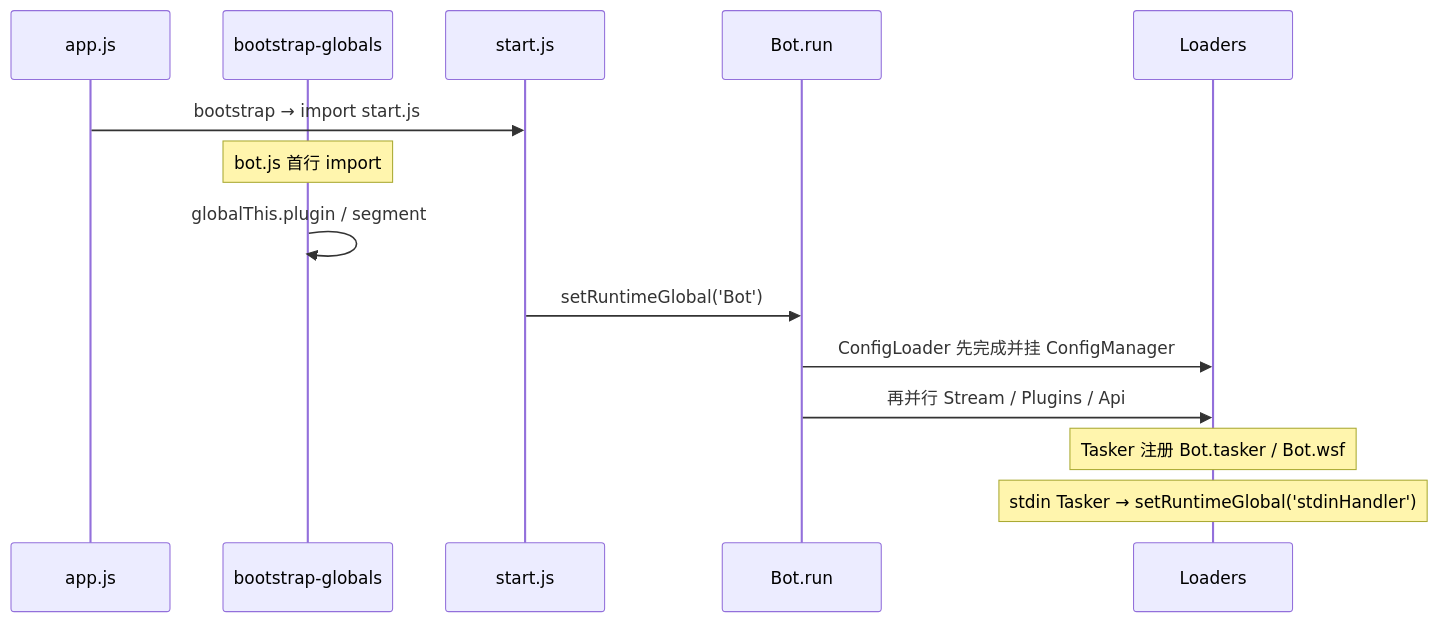
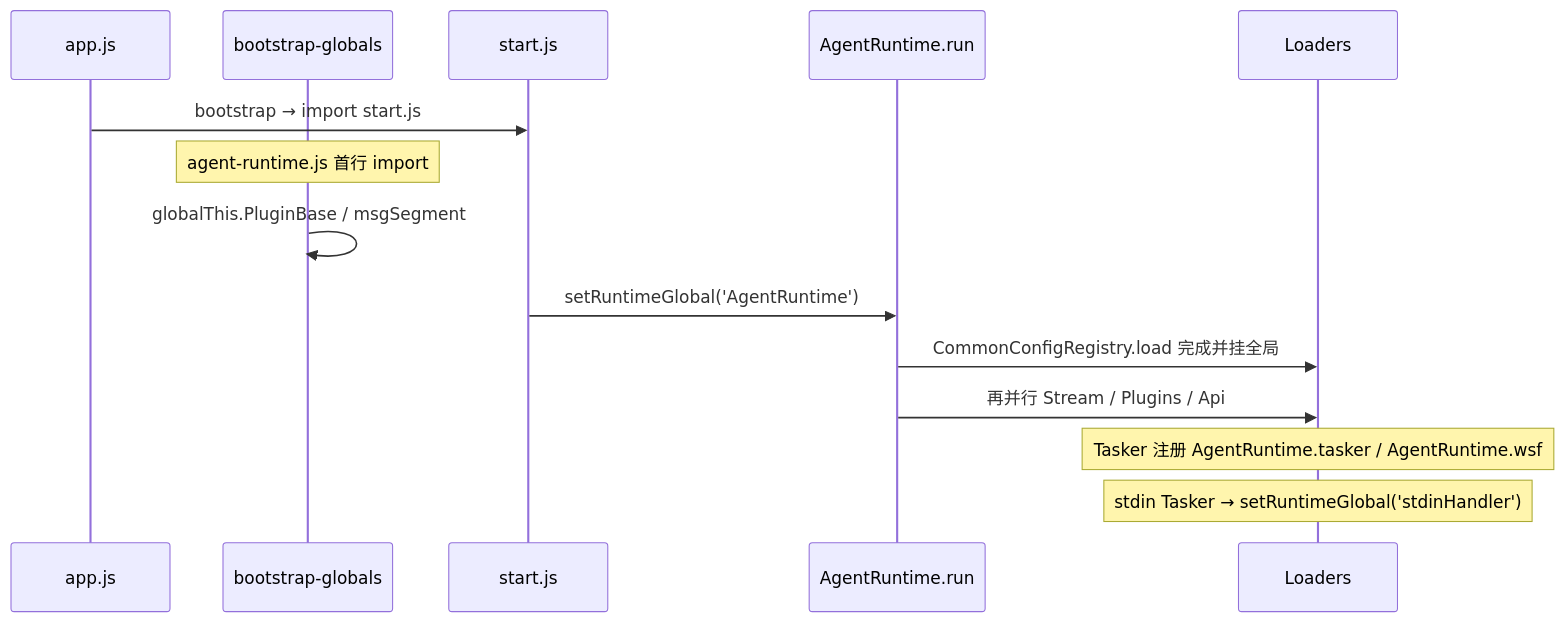
Before and after one commit to sunflowermm/XRK-AGT: the diagram in docs/runtime-surface.md, drawn with Mermaid. The commit also changed other lines of this file and 315 other files, not shown here.

````diff
--- a/docs/runtime-surface.md
+++ b/docs/runtime-surface.md
@@ -44,17 +44,17 @@
 ```mermaid
 sequenceDiagram
   participant App as app.js
   participant Boot as bootstrap-globals
   participant Start as start.js
-  participant Bot as Bot.run
+  participant AgentRuntime as AgentRuntime.run
   participant Load as Loaders
 
   App->>Start: bootstrap → import start.js
-  Note over Boot: bot.js 首行 import
-  Boot->>Boot: globalThis.plugin / segment
-  Start->>Bot: setRuntimeGlobal('Bot')
-  Bot->>Load: ConfigLoader 先完成并挂 ConfigManager
-  Bot->>Load: 再并行 Stream / Plugins / Api
-  Note over Load: Tasker 注册 Bot.tasker / Bot.wsf
+  Note over Boot: agent-runtime.js 首行 import
+  Boot->>Boot: globalThis.PluginBase / msgSegment
+  Start->>AgentRuntime: setRuntimeGlobal('AgentRuntime')
+  AgentRuntime->>Load: CommonConfigRegistry.load 完成并挂全局
+  AgentRuntime->>Load: 再并行 Stream / Plugins / Api
+  Note over Load: Tasker 注册 AgentRuntime.tasker / AgentRuntime.wsf
   Note over Load: stdin Tasker → setRuntimeGlobal('stdinHandler')
 ```
````
